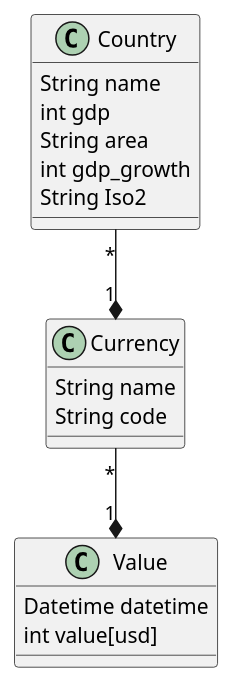
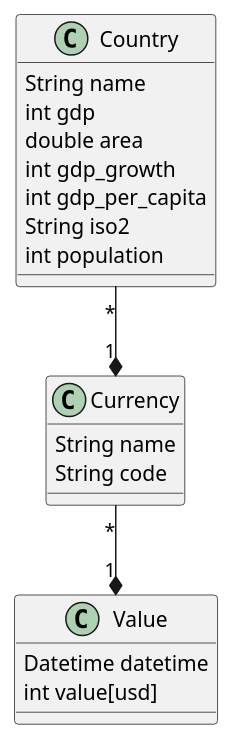
One commit to TheRealJackiBoi/java-deepdive-final changed the diagram in Documentation/DomainModel.puml. Above: the diagram before and after it, drawn with PlantUML.

Commit message:
maded changes

```diff
--- a/Documentation/DomainModel.puml
+++ b/Documentation/DomainModel.puml
@@ -1,26 +1,28 @@
 @startuml
 
 Class Country
 {
     String name
     int gdp
-    String area
+    double area
     int gdp_growth
-    String Iso2
+    int gdp_per_capita
+    String iso2
+    int population
 }
 
 Class Currency
 {
     String name
     String code
 }
 
 Class Value
 {
     Datetime datetime
     int value[usd]
 }
 
 Country "*"--*"1" Currency
 Currency "*"--*"1" Value
 @enduml
```
